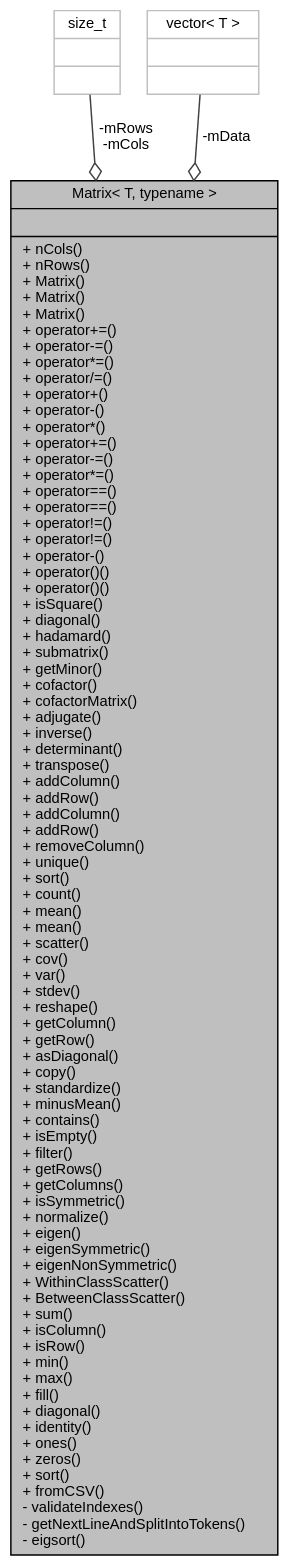
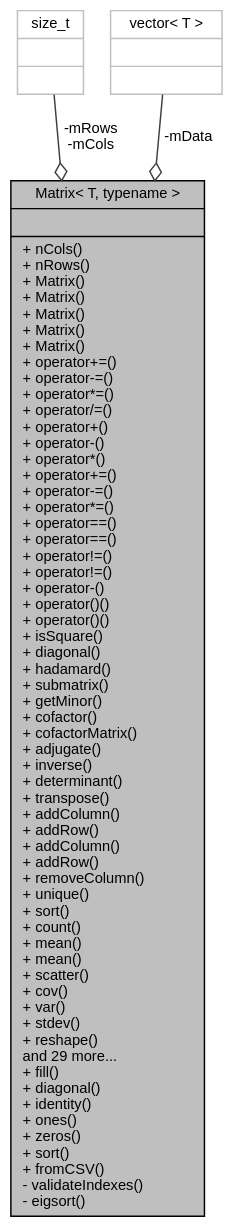
The diagram in docs/classMatrix__coll__graph.dot (douglasrizzo/machine_learning), drawn with Graphviz before and after one commit. The commit also changed 341 other files, not shown here.

```diff
--- a/docs/classMatrix__coll__graph.dot
+++ b/docs/classMatrix__coll__graph.dot
@@ -1,11 +1,11 @@
 digraph "Matrix&lt; T, typename &gt;"
 {
   bgcolor="transparent";
   edge [fontname="Helvetica",fontsize="10",labelfontname="Helvetica",labelfontsize="10"];
   node [fontname="Helvetica",fontsize="10",shape=record];
-  Node2 [label="{Matrix\< T, typename \>\n||+ nCols()\l+ nRows()\l+ Matrix()\l+ Matrix()\l+ Matrix()\l+ operator+=()\l+ operator-=()\l+ operator*=()\l+ operator/=()\l+ operator+()\l+ operator-()\l+ operator*()\l+ operator+=()\l+ operator-=()\l+ operator*=()\l+ operator==()\l+ operator==()\l+ operator!=()\l+ operator!=()\l+ operator-()\l+ operator()()\l+ operator()()\l+ isSquare()\l+ diagonal()\l+ hadamard()\l+ submatrix()\l+ getMinor()\l+ cofactor()\l+ cofactorMatrix()\l+ adjugate()\l+ inverse()\l+ determinant()\l+ transpose()\l+ addColumn()\l+ addRow()\l+ addColumn()\l+ addRow()\l+ removeColumn()\l+ unique()\l+ sort()\l+ count()\l+ mean()\l+ mean()\l+ scatter()\l+ cov()\l+ var()\l+ stdev()\l+ reshape()\l+ getColumn()\l+ getRow()\l+ asDiagonal()\l+ copy()\l+ standardize()\l+ minusMean()\l+ contains()\l+ isEmpty()\l+ filter()\l+ getRows()\l+ getColumns()\l+ isSymmetric()\l+ normalize()\l+ eigen()\l+ eigenSymmetric()\l+ eigenNonSymmetric()\l+ WithinClassScatter()\l+ BetweenClassScatter()\l+ sum()\l+ isColumn()\l+ isRow()\l+ min()\l+ max()\l+ fill()\l+ diagonal()\l+ identity()\l+ ones()\l+ zeros()\l+ sort()\l+ fromCSV()\l- validateIndexes()\l- getNextLineAndSplitIntoTokens()\l- eigsort()\l}",height=0.2,width=0.4,color="black", fillcolor="grey75", style="filled", fontcolor="black"];
-  Node3 -> Node2 [color="grey25",fontsize="10",style="solid",label=" -mRows\n-mCols" ,arrowhead="odiamond",fontname="Helvetica"];
-  Node3 [label="{size_t\n||}",height=0.2,width=0.4,color="grey75"];
-  Node4 -> Node2 [color="grey25",fontsize="10",style="solid",label=" -mData" ,arrowhead="odiamond",fontname="Helvetica"];
-  Node4 [label="{vector\< T \>\n||}",height=0.2,width=0.4,color="grey75"];
+  Node3 [label="{Matrix\< T, typename \>\n||+ nCols()\l+ nRows()\l+ Matrix()\l+ Matrix()\l+ Matrix()\l+ Matrix()\l+ Matrix()\l+ operator+=()\l+ operator-=()\l+ operator*=()\l+ operator/=()\l+ operator+()\l+ operator-()\l+ operator*()\l+ operator+=()\l+ operator-=()\l+ operator*=()\l+ operator==()\l+ operator==()\l+ operator!=()\l+ operator!=()\l+ operator-()\l+ operator()()\l+ operator()()\l+ isSquare()\l+ diagonal()\l+ hadamard()\l+ submatrix()\l+ getMinor()\l+ cofactor()\l+ cofactorMatrix()\l+ adjugate()\l+ inverse()\l+ determinant()\l+ transpose()\l+ addColumn()\l+ addRow()\l+ addColumn()\l+ addRow()\l+ removeColumn()\l+ unique()\l+ sort()\l+ count()\l+ mean()\l+ mean()\l+ scatter()\l+ cov()\l+ var()\l+ stdev()\l+ reshape()\land 29 more...\l+ fill()\l+ diagonal()\l+ identity()\l+ ones()\l+ zeros()\l+ sort()\l+ fromCSV()\l- validateIndexes()\l- eigsort()\l}",height=0.2,width=0.4,color="black", fillcolor="grey75", style="filled", fontcolor="black"];
+  Node4 -> Node3 [color="grey25",fontsize="10",style="solid",label=" -mRows\n-mCols" ,arrowhead="odiamond",fontname="Helvetica"];
+  Node4 [label="{size_t\n||}",height=0.2,width=0.4,color="grey75"];
+  Node5 -> Node3 [color="grey25",fontsize="10",style="solid",label=" -mData" ,arrowhead="odiamond",fontname="Helvetica"];
+  Node5 [label="{vector\< T \>\n||}",height=0.2,width=0.4,color="grey75"];
 }
```
